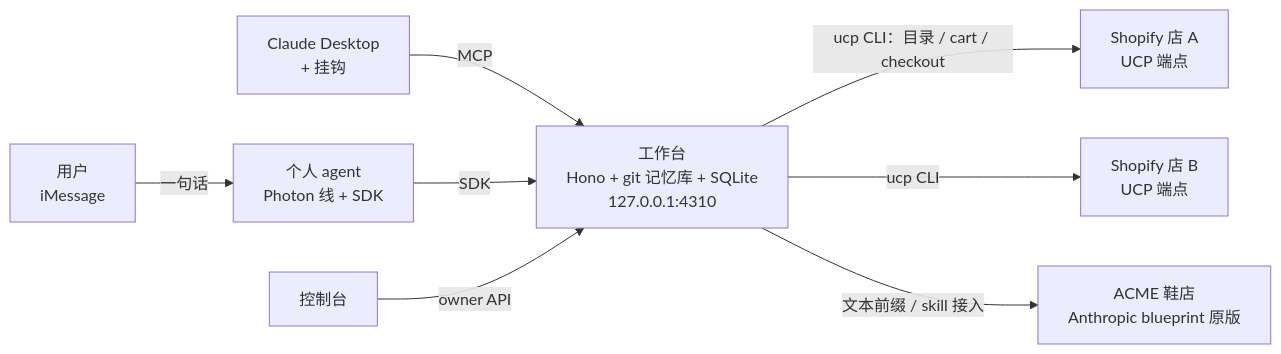
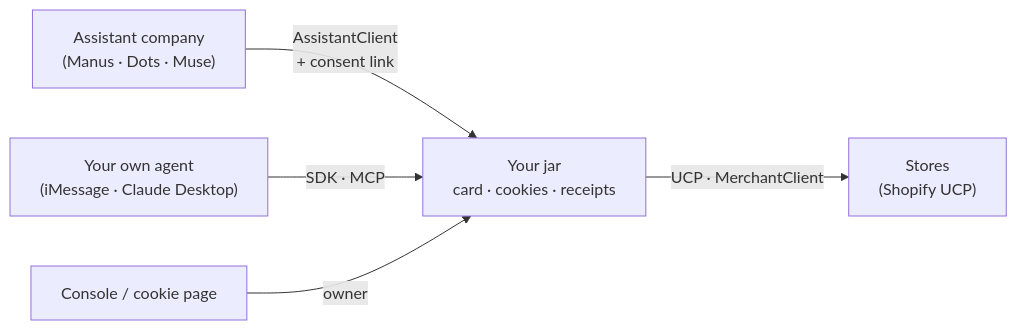
The diagram in README.md (BIBOYANG425/agent-cookie), drawn with Mermaid before and after one commit. The commit also changed other lines of this file and 4 other files, not shown here.

````diff
--- a/README.md
+++ b/README.md
@@ -21,11 +43,7 @@
-``` mermaid
-
+```mermaid
 flowchart LR
-  U["用户<br/>iMessage"] -->|一句话| P["个人 agent<br/>Photon 线 + SDK"]
-  D["Claude Desktop<br/>+ 挂钩"] -->|MCP| W
-  P -->|SDK| W["工作台<br/>Hono + git 记忆库 + SQLite<br/>127.0.0.1:4310"]
-  W -->|ucp CLI：目录 / cart / checkout| S1["Shopify 店 A<br/>UCP 端点"]
-  W -->|ucp CLI| S2["Shopify 店 B<br/>UCP 端点"]
-  W -->|文本前缀 / skill 接入| ACME["ACME 鞋店<br/>Anthropic blueprint 原版"]
-  C[控制台] -->|owner API| W
+  A["Assistant company<br/>(Manus · Dots · Muse)"] -- "AssistantClient<br/>+ consent link" --> J
+  P["Your own agent<br/>(iMessage · Claude Desktop)"] -- "SDK · MCP" --> J
+  J["Your jar<br/>card · cookies · receipts"] -- "UCP · MerchantClient" --> S["Stores<br/>(Shopify UCP)"]
+  C["Console / cookie page"] -- "owner" --> J
 ```
````
